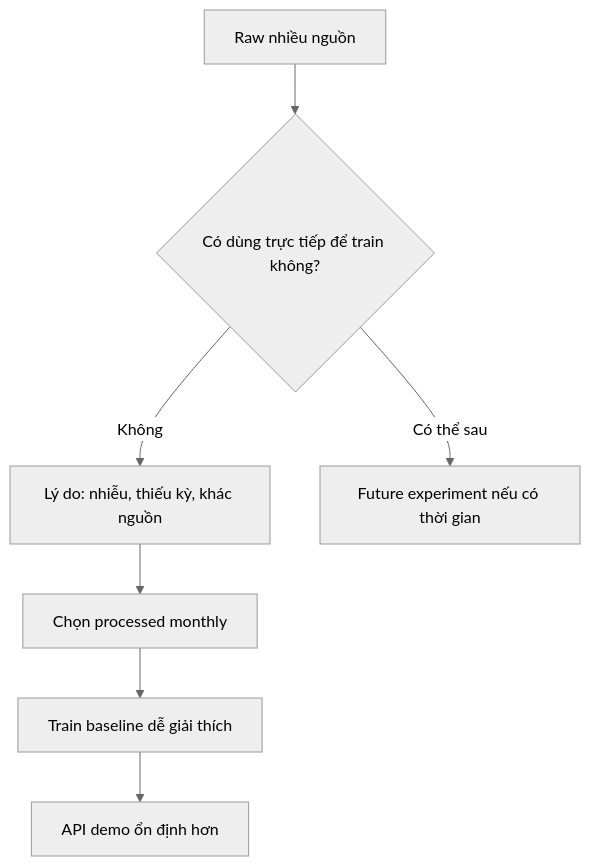
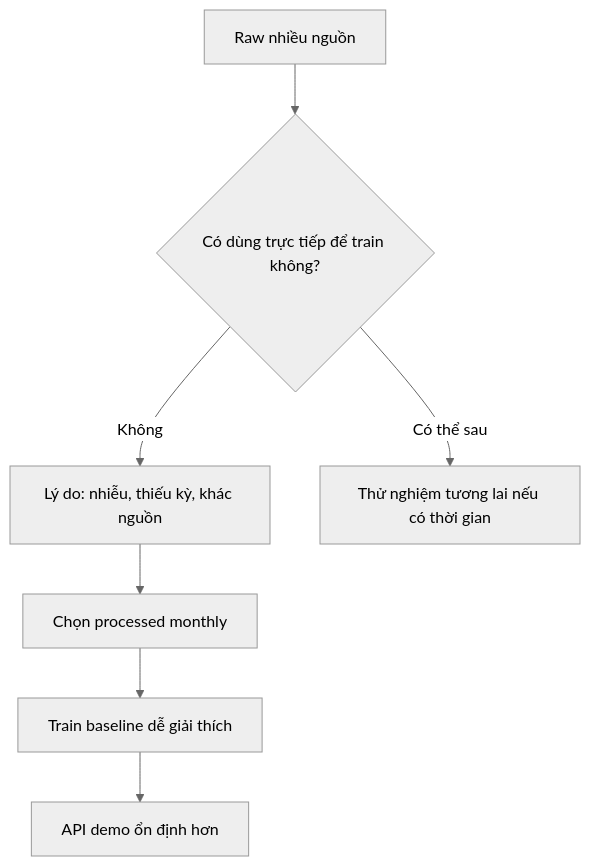
The first of 7 diagrams in docs/discussions/2026-05-13-team-data-flow-roadmap.md (uit-25730067-chithanh/AI002-Team22-DT10), drawn with Mermaid (neutral theme) before and after one commit. The commit also changed other lines of this file and 6 other files, not shown here.

````diff
--- a/docs/discussions/2026-05-13-team-data-flow-roadmap.md
+++ b/docs/discussions/2026-05-13-team-data-flow-roadmap.md
@@ -26,9 +26,9 @@
 ```mermaid
 flowchart TD
     A[Raw nhiều nguồn] --> B{Có dùng trực tiếp để train không?}
     B -->|Không| C[Lý do: nhiễu, thiếu kỳ, khác nguồn]
-    B -->|Có thể sau| D[Future experiment nếu có thời gian]
+    B -->|Có thể sau| D[Thử nghiệm tương lai nếu có thời gian]
     C --> E[Chọn processed monthly]
     E --> F[Train baseline dễ giải thích]
     F --> G[API demo ổn định hơn]
 ```
````
